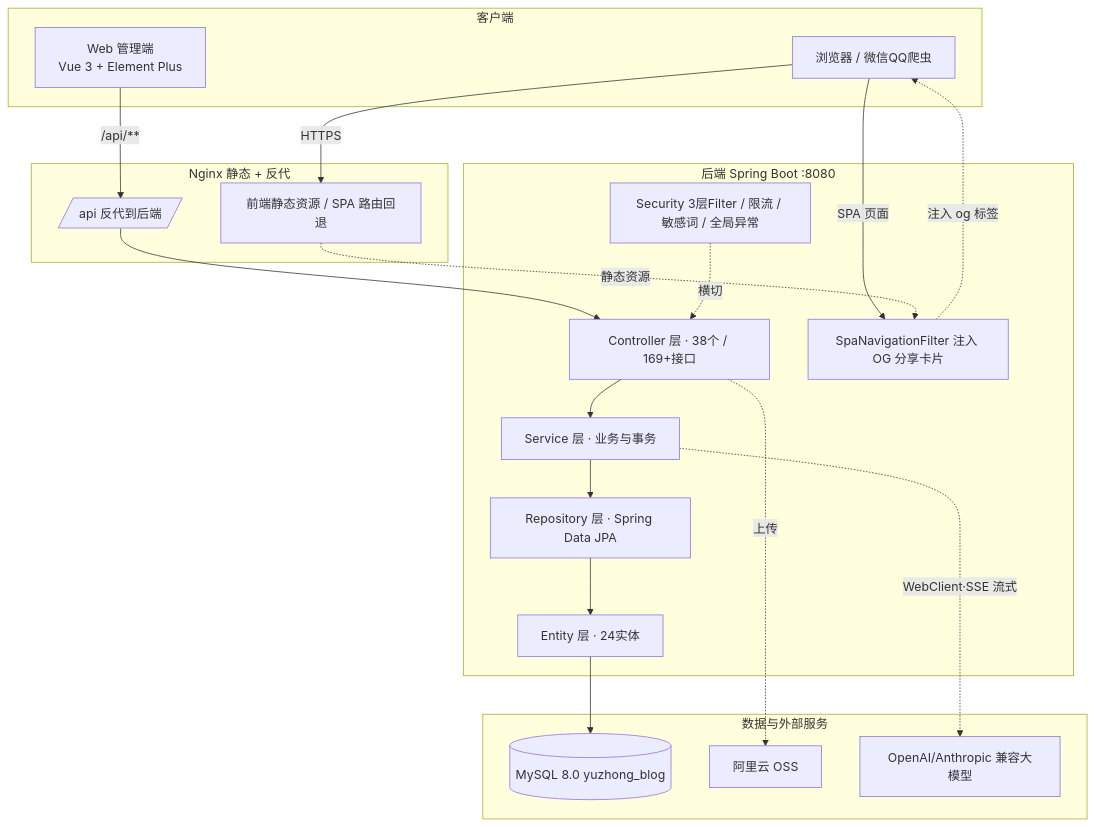
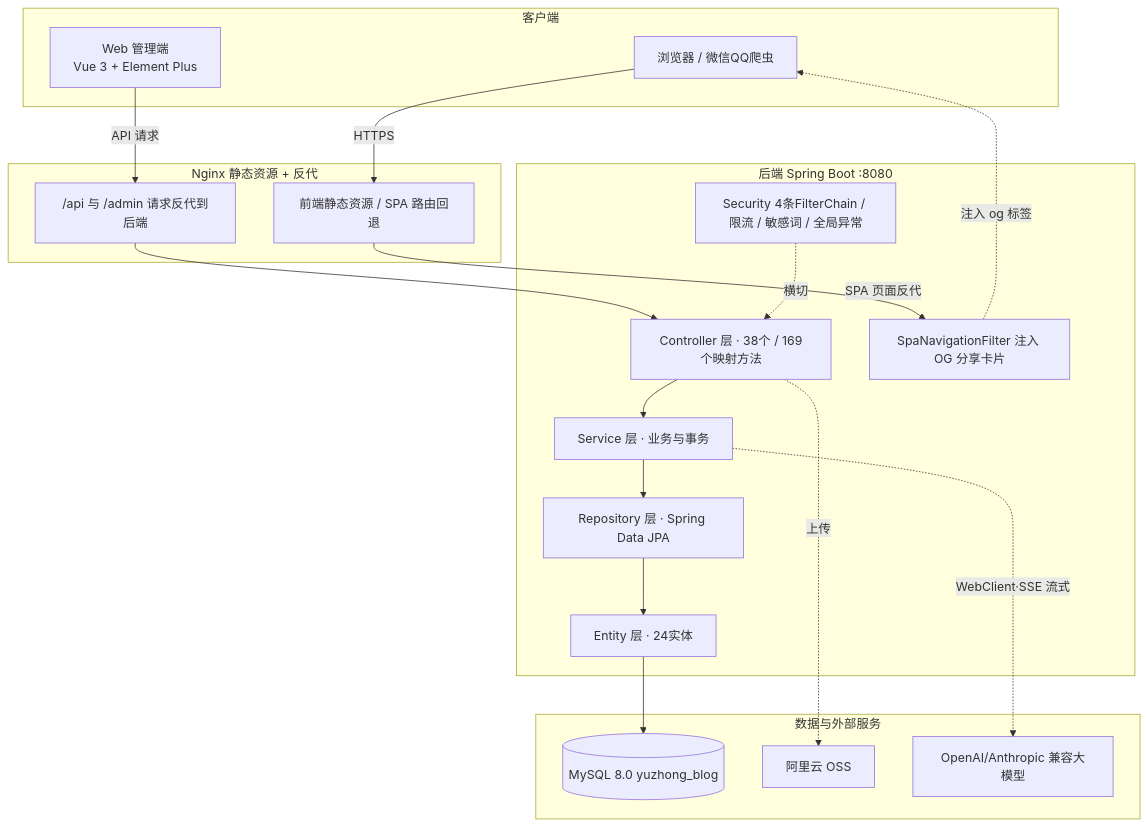
The diagram in README.md (YZzy2006/YuzhongBlog), drawn with Mermaid before and after one commit. The commit also changed other lines of this file, not shown here.

````diff
--- a/README.md
+++ b/README.md
@@ -93,35 +93,34 @@
 ```mermaid
 graph TB
     subgraph 客户端
         B[浏览器 / 微信QQ爬虫]
         W[Web 管理端<br/>Vue 3 + Element Plus]
     end
-    subgraph Nginx 静态 + 反代
+    subgraph Nginx["Nginx 静态资源 + 反代"]
         N[前端静态资源 / SPA 路由回退]
-        A[/api 反代到后端/]
+        A["/api 与 /admin 请求反代到后端"]
     end
-    subgraph 后端 Spring Boot :8080
-        C[Controller 层 · 38个 / 169+接口]
+    subgraph Backend["后端 Spring Boot :8080"]
+        C[Controller 层 · 38个 / 169个映射方法]
         S[Service 层 · 业务与事务]
         R[Repository 层 · Spring Data JPA]
         E[Entity 层 · 24实体]
         F[SpaNavigationFilter 注入 OG 分享卡片]
-        X[Security 3层Filter / 限流 / 敏感词 / 全局异常]
+        X[Security 4条FilterChain / 限流 / 敏感词 / 全局异常]
     end
     subgraph 数据与外部服务
         DB[(MySQL 8.0 yuzhong_blog)]
         OSS[阿里云 OSS]
         AI[OpenAI/Anthropic 兼容大模型]
     end
 
     B -->|HTTPS| N
-    B -->|SPA 页面| F
-    W -->|/api/**| A
+    W -->|API 请求| A
     A --> C
-    N -.静态资源.-> F
+    N -->|SPA 页面反代| F
     C --> S --> R --> E --> DB
     X -.横切.-> C
     F -.注入 og 标签.-> B
     C -.上传.-> OSS
     S -.WebClient·SSE 流式.-> AI
 ```
````
